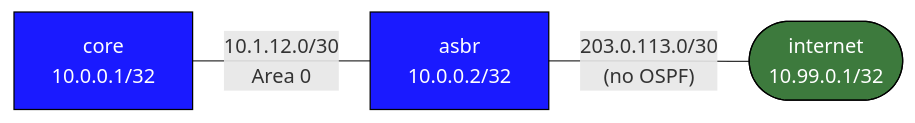
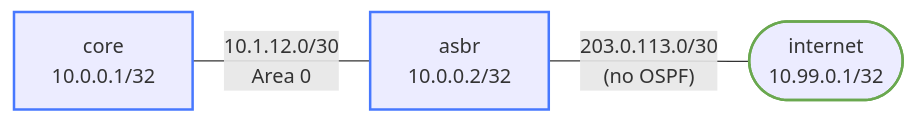
One commit to jschless/networkingLabs changed the diagram in labs/ospf-default-route/README.md. Above: the diagram before and after it, drawn with Mermaid. The commit also changed 250 other files, not shown here.

Commit message:
Fix unreadable topology diagrams, convert ASCII art, publish assessments (#57)

````diff
--- a/labs/ospf-default-route/README.md
+++ b/labs/ospf-default-route/README.md
@@ -12,14 +12,14 @@
 ```mermaid
 flowchart LR
-    core["core\n10.0.0.1/32"]
-    asbr["asbr\n10.0.0.2/32"]
-    internet(["internet\n10.99.0.1/32"])
+    core["core<br/>10.0.0.1/32"]
+    asbr["asbr<br/>10.0.0.2/32"]
+    internet(["internet<br/>10.99.0.1/32"])
 
-    core -- "10.1.12.0/30\nArea 0" --- asbr
-    asbr -- "203.0.113.0/30\n(no OSPF)" --- internet
+    core -- "10.1.12.0/30<br/>Area 0" --- asbr
+    asbr -- "203.0.113.0/30<br/>(no OSPF)" --- internet
 
-    classDef router fill:#1a1aff,color:#fff,stroke:#000
-    classDef host   fill:#3d7a3d,color:#fff,stroke:#000
+    classDef router stroke:#4778ff,stroke-width:2px
+    classDef host stroke:#6aa84f,stroke-width:2px
     class core,asbr router
     class internet host
 ```
````
